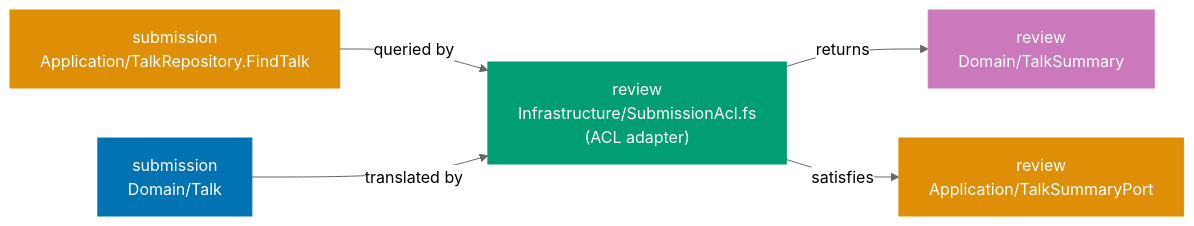
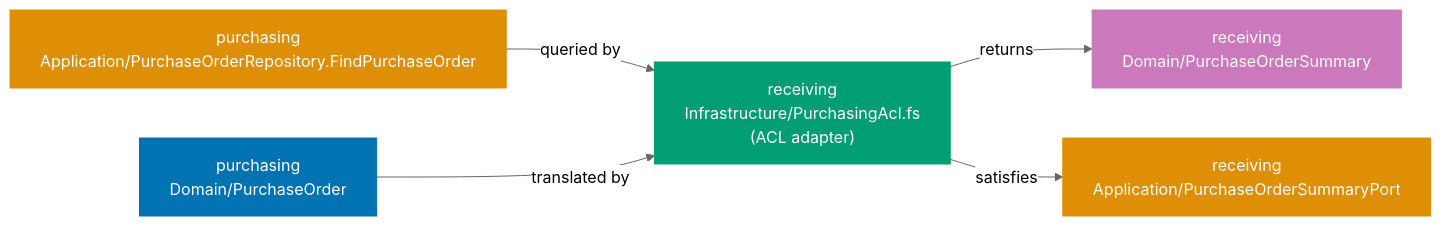
The third of 3 diagrams in apps/ayokoding-web/content/en/learn/software-engineering/architecture/ddd-hexagonal-in-practice/fp-in-the-field/intermediate.md (wahidyankf/open-sharia-enterprise), drawn with Mermaid (neutral theme) before and after one commit. The commit also changed other lines of this file and 38 other files, not shown here.

First line of the commit message:
docs(ayokoding-web): unify architecture tutorials on shared P2P domain

````diff
--- a/apps/ayokoding-web/content/en/learn/software-engineering/architecture/ddd-hexagonal-in-practice/fp-in-the-field/intermediate.md
+++ b/apps/ayokoding-web/content/en/learn/software-engineering/architecture/ddd-hexagonal-in-practice/fp-in-the-field/intermediate.md
@@ -927,17 +796,17 @@
 ```mermaid
 flowchart LR
-    subdom["submission\nDomain/Talk"]:::blue
-    subport["submission\nApplication/TalkRepository.FindTalk"]:::orange
-    acl["review\nInfrastructure/SubmissionAcl.fs\n(ACL adapter)"]:::teal
-    revport["review\nApplication/TalkSummaryPort"]:::orange
-    revdom["review\nDomain/TalkSummary"]:::purple
-    subport -->|"queried by"| acl
-    subdom -->|"translated by"| acl
-    acl -->|"returns"| revdom
-    acl -->|"satisfies"| revport
+    purdom["purchasing\nDomain/PurchaseOrder"]:::blue
+    purport["purchasing\nApplication/PurchaseOrderRepository.FindPurchaseOrder"]:::orange
+    acl["receiving\nInfrastructure/PurchasingAcl.fs\n(ACL adapter)"]:::teal
+    recport["receiving\nApplication/PurchaseOrderSummaryPort"]:::orange
+    recdom["receiving\nDomain/PurchaseOrderSummary"]:::purple
+    purport -->|"queried by"| acl
+    purdom -->|"translated by"| acl
+    acl -->|"returns"| recdom
+    acl -->|"satisfies"| recport
 
     classDef blue fill:#0173B2,color:#fff,stroke:#0173B2
     classDef orange fill:#DE8F05,color:#fff,stroke:#DE8F05
     classDef teal fill:#029E73,color:#fff,stroke:#029E73
     classDef purple fill:#CC78BC,color:#fff,stroke:#CC78BC
 ```
````
